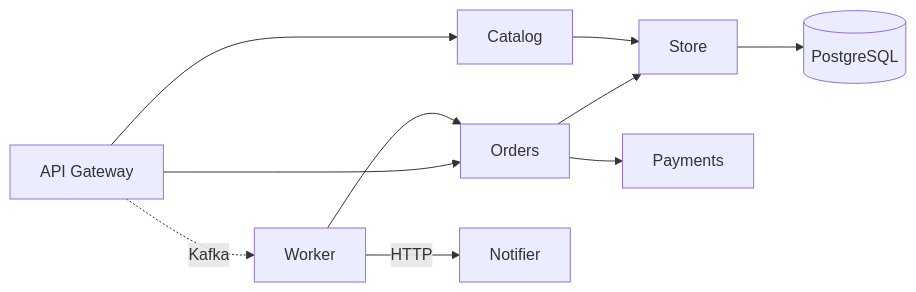
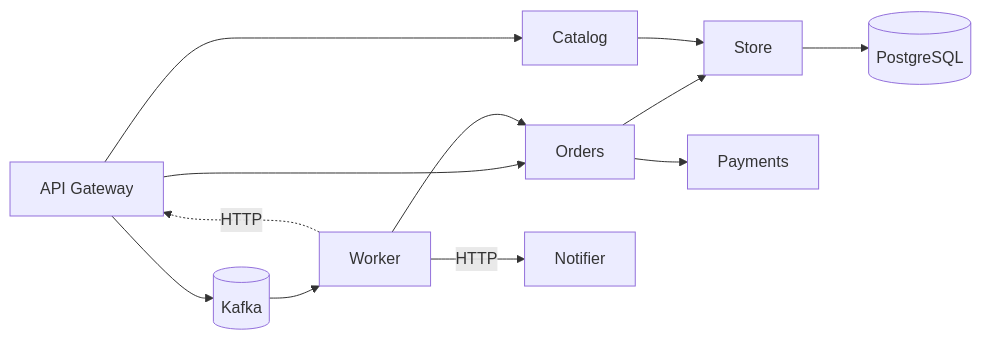
One commit to stmic168/arch-drift changed the diagram in testdata/shop/design.md. Above: the diagram before and after it, drawn with Mermaid. The commit also changed other lines of this file and 5 other files, not shown here.

````diff
--- a/testdata/shop/design.md
+++ b/testdata/shop/design.md
@@ -36,12 +37,14 @@
 ```mermaid
 flowchart LR
   api[API Gateway] --> orders[Orders]
   api --> catalog[Catalog]
-  api -. Kafka .-> worker[Worker]
+  api --> kafka[(Kafka)]
+  kafka --> worker[Worker]
+  worker -. HTTP .-> api
   worker --> orders
   orders --> store[Store]
   orders --> payments[Payments]
   catalog --> store
   store --> pg[(PostgreSQL)]
   worker -- HTTP --> notifier[Notifier]
 ```
````
